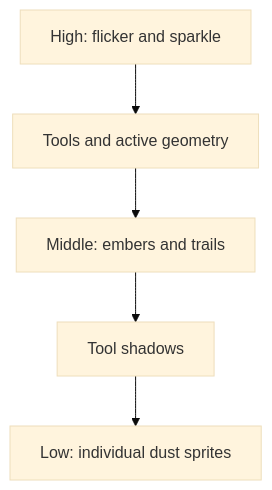
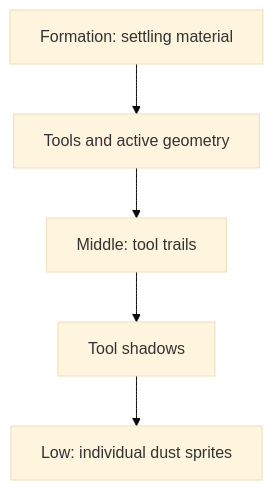
The second of 4 diagrams in docs/wiki/Guides/ParticleSystem.md (derekshoneycutt/Euclid), drawn with Mermaid (base theme) before and after one commit. The commit also changed other lines of this file and 100 other files, not shown here.

````diff
--- a/docs/wiki/Guides/ParticleSystem.md
+++ b/docs/wiki/Guides/ParticleSystem.md
@@ -82,9 +103,9 @@
 ```mermaid
 flowchart TB
-    High[High: flicker and sparkle]
+    Formation[Formation: settling material]
     Tools[Tools and active geometry]
-    Middle[Middle: embers and trails]
+    Middle[Middle: tool trails]
     Shadows[Tool shadows]
     Low[Low: individual dust sprites]
-    High --> Tools --> Middle --> Shadows --> Low
+    Formation --> Tools --> Middle --> Shadows --> Low
 ```
````
